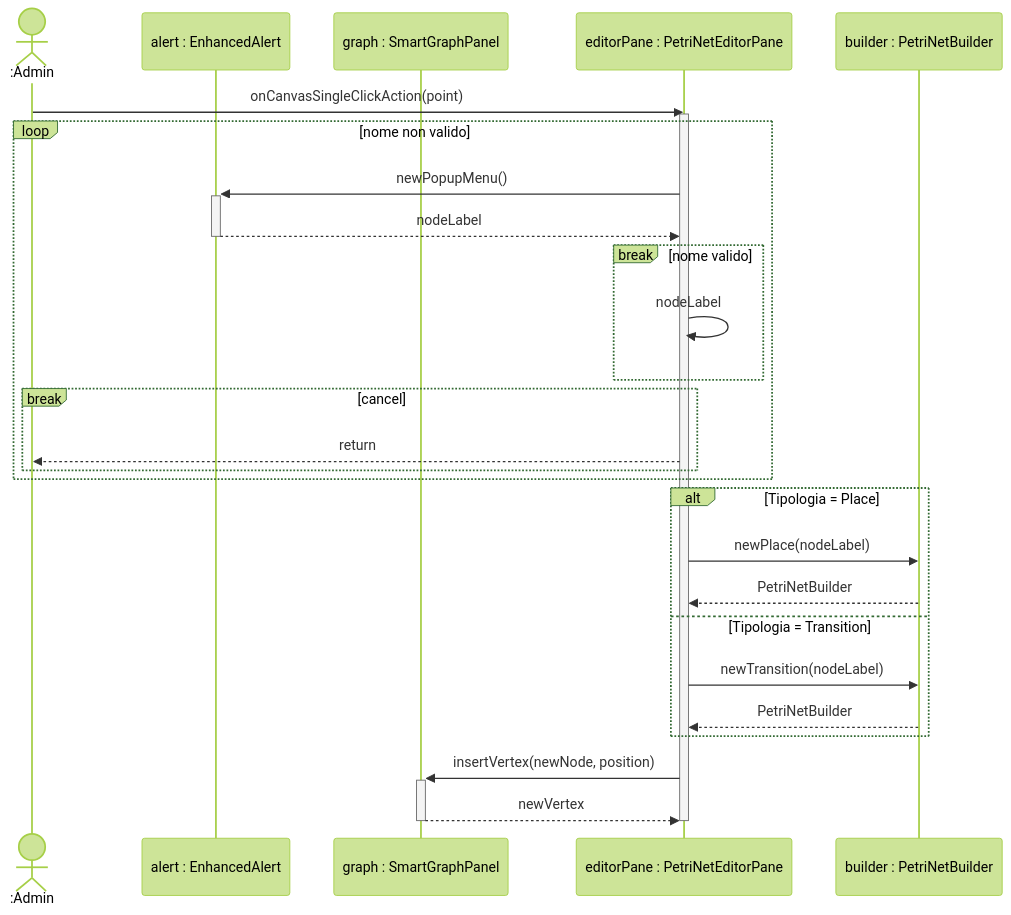
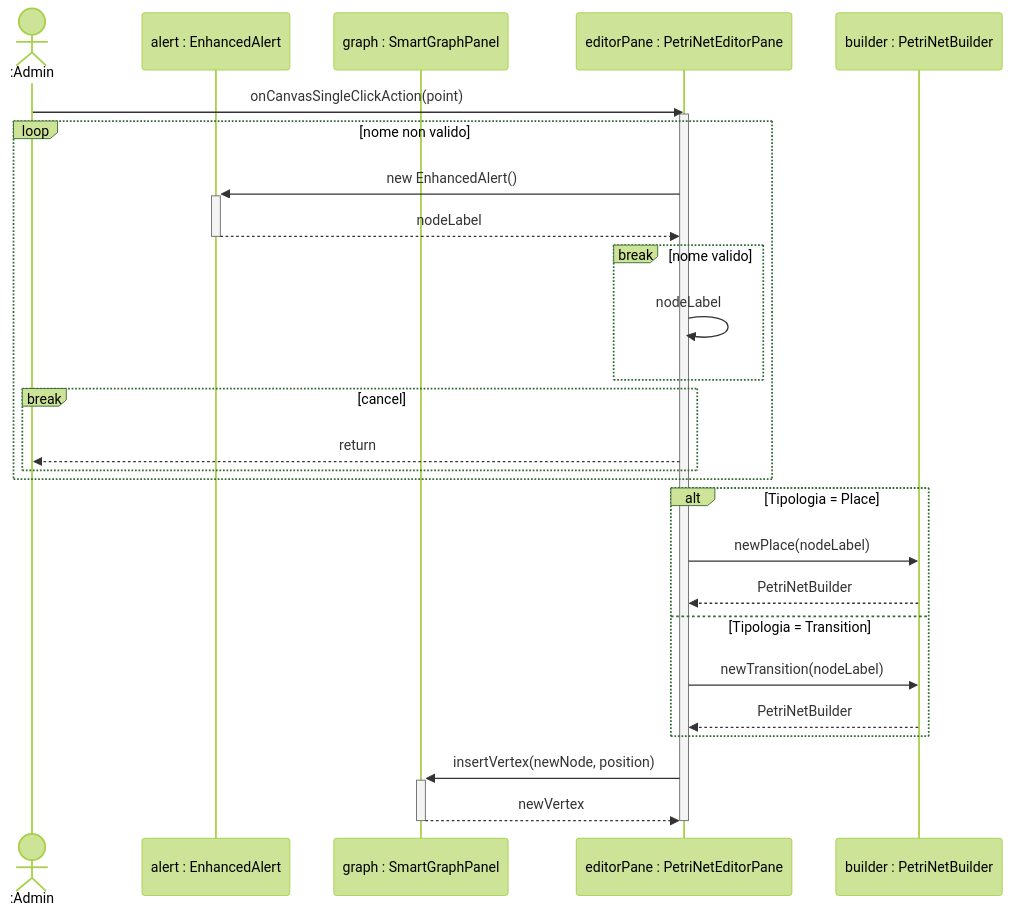
The diagram in docs/petri-net/sequence diagram/sequence_editor_canvas_click.mmd (alessio-vivaldelli/PetriHub), drawn with Mermaid (forest theme) before and after one commit. The commit also changed 5 other files, not shown here.

Commit message:
refactor notification classes and improve error handling in net creation flow

```diff
--- a/docs/petri-net/sequence diagram/sequence_editor_canvas_click.mmd
+++ b/docs/petri-net/sequence diagram/sequence_editor_canvas_click.mmd
@@ -1,34 +1,34 @@
 sequenceDiagram
     actor Admin as :Admin
     participant Popup as alert : EnhancedAlert
     participant GraphView as graph : SmartGraphPanel
     participant EditorPane as editorPane : PetriNetEditorPane
     participant Builder as builder : PetriNetBuilder
 
 
     Admin->>EditorPane: onCanvasSingleClickAction(point)
     activate EditorPane
     loop nome non valido
-        EditorPane->>+Popup: newPopupMenu()
+        EditorPane->>+Popup: new EnhancedAlert()
         Popup-->>-EditorPane: nodeLabel
         break nome valido
             EditorPane->>EditorPane: nodeLabel
         end
         break cancel
             EditorPane-->>Admin: return
         end
     end
 
         alt Tipologia = Place
             EditorPane->>Builder: newPlace(nodeLabel)
             Builder-->>EditorPane: PetriNetBuilder
 
         else Tipologia = Transition
         EditorPane->>Builder: newTransition(nodeLabel)
         Builder-->>EditorPane: PetriNetBuilder
         end
 
         EditorPane->>+GraphView: insertVertex(newNode, position)
         GraphView-->>-EditorPane: newVertex
 
     deactivate EditorPane
```
